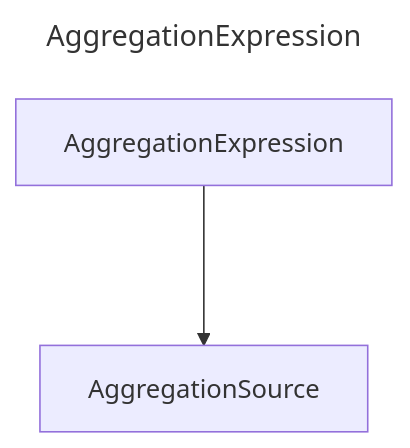
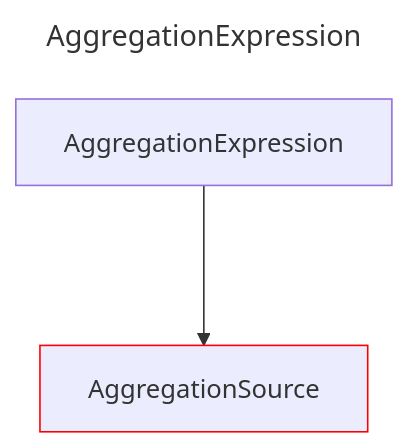
One commit to douglassimonsen/pbi_core changed the diagram in docs/docs/layout/erd/AggregationExpression.md. Above: the diagram before and after it, drawn with Mermaid. The commit also changed 77 other files, not shown here.

Commit message:
Updated to color code the layout ERD

````diff
--- a/docs/docs/layout/erd/AggregationExpression.md
+++ b/docs/docs/layout/erd/AggregationExpression.md
@@ -1,9 +1,10 @@
 ```mermaid
 ---
 title: AggregationExpression
 ---
 graph 
-2721642003296["AggregationSource"]
-2721641839328["AggregationExpression"]
-2721641839328 ---> 2721642003296
+2430071358016["AggregationSource"]
+style 2430071358016 stroke:#ff0000,stroke-width:1px
+2430071889008["AggregationExpression"]
+2430071889008 ---> 2430071358016
 ```
````
